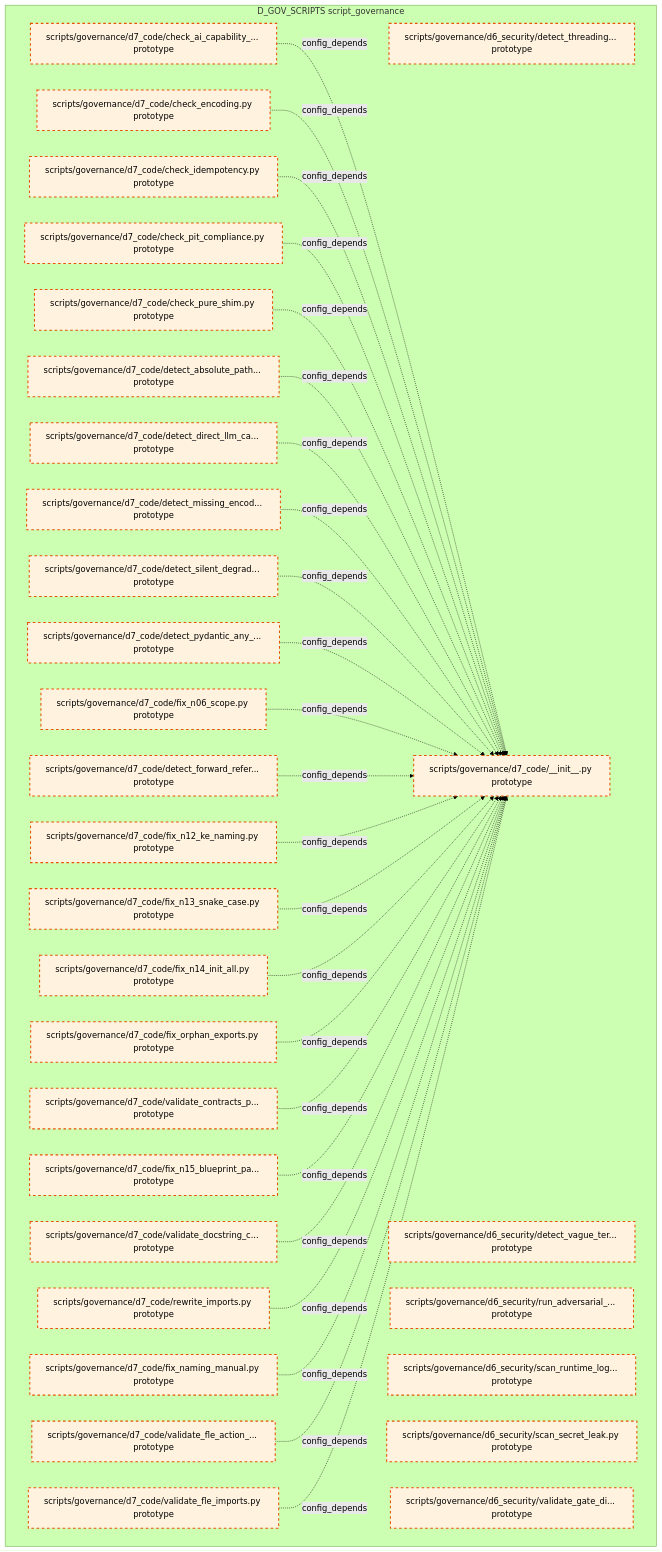
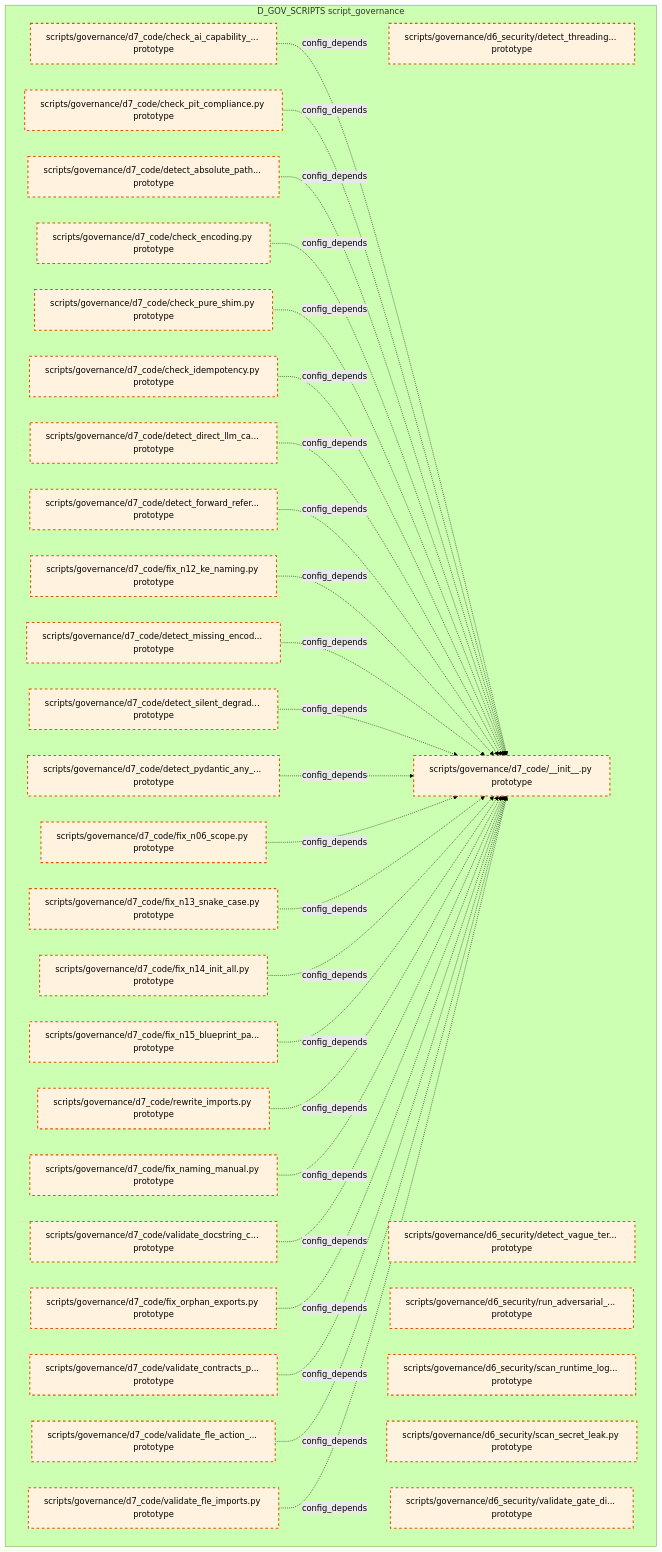
One commit to xuanFelixVan/ZephyrAlpha changed the tenth of 15 diagrams in docs/02_enterprise_architecture/02_domain_architecture_docs/36_d_gov_scripts.md. Above: the diagram before and after it, drawn with Mermaid (forest theme). The commit also changed other lines of this file and 99 other files, not shown here.

````diff
--- a/docs/02_enterprise_architecture/02_domain_architecture_docs/36_d_gov_scripts.md
+++ b/docs/02_enterprise_architecture/02_domain_architecture_docs/36_d_gov_scripts.md
@@ -689,63 +689,63 @@
 ```mermaid
 graph TD
     subgraph D_GOV_SCRIPTS["D_GOV_SCRIPTS script_governance"]
         scripts_governance_d6_security_detect_threading_lock_py["scripts/governance/d6_security/detect_threading... prototype"]
         scripts_governance_d6_security_detect_vague_terms_py["scripts/governance/d6_security/detect_vague_ter... prototype"]
         scripts_governance_d6_security_run_adversarial_checks_py["scripts/governance/d6_security/run_adversarial_... prototype"]
         scripts_governance_d6_security_scan_runtime_log_secrets_py["scripts/governance/d6_security/scan_runtime_log... prototype"]
         scripts_governance_d6_security_scan_secret_leak_py["scripts/governance/d6_security/scan_secret_leak.py prototype"]
         scripts_governance_d6_security_validate_gate_discipline_py["scripts/governance/d6_security/validate_gate_di... prototype"]
         scripts_governance_d7_code_init_py["scripts/governance/d7_code/__init__.py prototype"]
         scripts_governance_d7_code_check_ai_capability_boundary_py["scripts/governance/d7_code/check_ai_capability_... prototype"]
         scripts_governance_d7_code_check_encoding_py["scripts/governance/d7_code/check_encoding.py prototype"]
         scripts_governance_d7_code_check_idempotency_py["scripts/governance/d7_code/check_idempotency.py prototype"]
         scripts_governance_d7_code_check_pit_compliance_py["scripts/governance/d7_code/check_pit_compliance.py prototype"]
         scripts_governance_d7_code_check_pure_shim_py["scripts/governance/d7_code/check_pure_shim.py prototype"]
         scripts_governance_d7_code_detect_absolute_path_hardcoding_py["scripts/governance/d7_code/detect_absolute_path... prototype"]
         scripts_governance_d7_code_detect_direct_llm_calls_py["scripts/governance/d7_code/detect_direct_llm_ca... prototype"]
         scripts_governance_d7_code_detect_forward_reference_py["scripts/governance/d7_code/detect_forward_refer... prototype"]
         scripts_governance_d7_code_detect_missing_encoding_py["scripts/governance/d7_code/detect_missing_encod... prototype"]
         scripts_governance_d7_code_detect_pydantic_any_fields_py["scripts/governance/d7_code/detect_pydantic_any_... prototype"]
         scripts_governance_d7_code_detect_silent_degradation_py["scripts/governance/d7_code/detect_silent_degrad... prototype"]
         scripts_governance_d7_code_fix_n06_scope_py["scripts/governance/d7_code/fix_n06_scope.py prototype"]
         scripts_governance_d7_code_fix_n12_ke_naming_py["scripts/governance/d7_code/fix_n12_ke_naming.py prototype"]
         scripts_governance_d7_code_fix_n13_snake_case_py["scripts/governance/d7_code/fix_n13_snake_case.py prototype"]
         scripts_governance_d7_code_fix_n14_init_all_py["scripts/governance/d7_code/fix_n14_init_all.py prototype"]
         scripts_governance_d7_code_fix_n15_blueprint_path_py["scripts/governance/d7_code/fix_n15_blueprint_pa... prototype"]
         scripts_governance_d7_code_fix_naming_manual_py["scripts/governance/d7_code/fix_naming_manual.py prototype"]
         scripts_governance_d7_code_fix_orphan_exports_py["scripts/governance/d7_code/fix_orphan_exports.py prototype"]
         scripts_governance_d7_code_rewrite_imports_py["scripts/governance/d7_code/rewrite_imports.py prototype"]
         scripts_governance_d7_code_validate_contracts_purity_py["scripts/governance/d7_code/validate_contracts_p... prototype"]
         scripts_governance_d7_code_validate_docstring_coverage_py["scripts/governance/d7_code/validate_docstring_c... prototype"]
         scripts_governance_d7_code_validate_fle_action_metadata_py["scripts/governance/d7_code/validate_fle_action_... prototype"]
         scripts_governance_d7_code_validate_fle_imports_py["scripts/governance/d7_code/validate_fle_imports.py prototype"]
     end
     scripts_governance_d7_code_check_ai_capability_boundary_py -.->|config_depends| scripts_governance_d7_code_init_py
+    scripts_governance_d7_code_check_pit_compliance_py -.->|config_depends| scripts_governance_d7_code_init_py
+    scripts_governance_d7_code_detect_absolute_path_hardcoding_py -.->|config_depends| scripts_governance_d7_code_init_py
     scripts_governance_d7_code_check_encoding_py -.->|config_depends| scripts_governance_d7_code_init_py
+    scripts_governance_d7_code_check_pure_shim_py -.->|config_depends| scripts_governance_d7_code_init_py
     scripts_governance_d7_code_check_idempotency_py -.->|config_depends| scripts_governance_d7_code_init_py
-    scripts_governance_d7_code_check_pit_compliance_py -.->|config_depends| scripts_governance_d7_code_init_py
-    scripts_governance_d7_code_check_pure_shim_py -.->|config_depends| scripts_governance_d7_code_init_py
-    scripts_governance_d7_code_detect_absolute_path_hardcoding_py -.->|config_depends| scripts_governance_d7_code_init_py
     scripts_governance_d7_code_detect_direct_llm_calls_py -.->|config_depends| scripts_governance_d7_code_init_py
+    scripts_governance_d7_code_detect_forward_reference_py -.->|config_depends| scripts_governance_d7_code_init_py
+    scripts_governance_d7_code_fix_n12_ke_naming_py -.->|config_depends| scripts_governance_d7_code_init_py
     scripts_governance_d7_code_detect_missing_encoding_py -.->|config_depends| scripts_governance_d7_code_init_py
     scripts_governance_d7_code_detect_silent_degradation_py -.->|config_depends| scripts_governance_d7_code_init_py
     scripts_governance_d7_code_detect_pydantic_any_fields_py -.->|config_depends| scripts_governance_d7_code_init_py
     scripts_governance_d7_code_fix_n06_scope_py -.->|config_depends| scripts_governance_d7_code_init_py
-    scripts_governance_d7_code_detect_forward_reference_py -.->|config_depends| scripts_governance_d7_code_init_py
-    scripts_governance_d7_code_fix_n12_ke_naming_py -.->|config_depends| scripts_governance_d7_code_init_py
     scripts_governance_d7_code_fix_n13_snake_case_py -.->|config_depends| scripts_governance_d7_code_init_py
     scripts_governance_d7_code_fix_n14_init_all_py -.->|config_depends| scripts_governance_d7_code_init_py
+    scripts_governance_d7_code_fix_n15_blueprint_path_py -.->|config_depends| scripts_governance_d7_code_init_py
+    scripts_governance_d7_code_rewrite_imports_py -.->|config_depends| scripts_governance_d7_code_init_py
+    scripts_governance_d7_code_fix_naming_manual_py -.->|config_depends| scripts_governance_d7_code_init_py
+    scripts_governance_d7_code_validate_docstring_coverage_py -.->|config_depends| scripts_governance_d7_code_init_py
     scripts_governance_d7_code_fix_orphan_exports_py -.->|config_depends| scripts_governance_d7_code_init_py
     scripts_governance_d7_code_validate_contracts_purity_py -.->|config_depends| scripts_governance_d7_code_init_py
-    scripts_governance_d7_code_fix_n15_blueprint_path_py -.->|config_depends| scripts_governance_d7_code_init_py
-    scripts_governance_d7_code_validate_docstring_coverage_py -.->|config_depends| scripts_governance_d7_code_init_py
-    scripts_governance_d7_code_rewrite_imports_py -.->|config_depends| scripts_governance_d7_code_init_py
-    scripts_governance_d7_code_fix_naming_manual_py -.->|config_depends| scripts_governance_d7_code_init_py
     scripts_governance_d7_code_validate_fle_action_metadata_py -.->|config_depends| scripts_governance_d7_code_init_py
     scripts_governance_d7_code_validate_fle_imports_py -.->|config_depends| scripts_governance_d7_code_init_py
     classDef production fill:#e1f5fe,stroke:#01579b,stroke-width:2px,color:#000
     classDef design fill:#fff3e0,stroke:#e65100,stroke-width:2px,color:#000,stroke-dasharray: 5 5
     classDef external_prod fill:#e8f5e9,stroke:#1b5e20,stroke-width:1px,color:#000
     classDef external_design fill:#fce4ec,stroke:#880e4f,stroke-width:1px,color:#000,stroke-dasharray: 5 5
     class scripts_governance_d6_security_detect_threading_lock_py,scripts_governance_d6_security_detect_vague_terms_py,scripts_governance_d6_security_run_adversarial_checks_py,scripts_governance_d6_security_scan_runtime_log_secrets_py,scripts_governance_d6_security_scan_secret_leak_py,scripts_governance_d6_security_validate_gate_discipline_py,scripts_governance_d7_code_init_py,scripts_governance_d7_code_check_ai_capability_boundary_py,scripts_governance_d7_code_check_encoding_py,scripts_governance_d7_code_check_idempotency_py,scripts_governance_d7_code_check_pit_compliance_py,scripts_governance_d7_code_check_pure_shim_py,scripts_governance_d7_code_detect_absolute_path_hardcoding_py,scripts_governance_d7_code_detect_direct_llm_calls_py,scripts_governance_d7_code_detect_forward_reference_py,scripts_governance_d7_code_detect_missing_encoding_py,scripts_governance_d7_code_detect_pydantic_any_fields_py,scripts_governance_d7_code_detect_silent_degradation_py,scripts_governance_d7_code_fix_n06_scope_py,scripts_governance_d7_code_fix_n12_ke_naming_py,scripts_governance_d7_code_fix_n13_snake_case_py,scripts_governance_d7_code_fix_n14_init_all_py,scripts_governance_d7_code_fix_n15_blueprint_path_py,scripts_governance_d7_code_fix_naming_manual_py,scripts_governance_d7_code_fix_orphan_exports_py,scripts_governance_d7_code_rewrite_imports_py,scripts_governance_d7_code_validate_contracts_purity_py,scripts_governance_d7_code_validate_docstring_coverage_py,scripts_governance_d7_code_validate_fle_action_metadata_py,scripts_governance_d7_code_validate_fle_imports_py design
 ```
````
